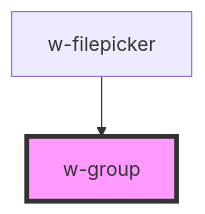
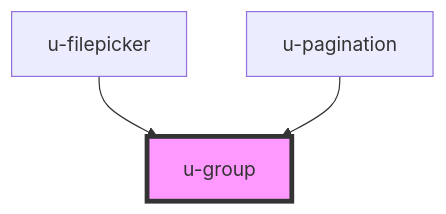
Before and after one commit to theUrbans/uniform: the diagram in src/components/u-group/readme.md, drawn with Mermaid. The commit also changed other lines of this file and 13 other files, not shown here.

````diff
--- a/src/components/u-group/readme.md
+++ b/src/components/u-group/readme.md
@@ -22,5 +23,6 @@
 ```mermaid
 graph TD;
-  w-filepicker --> w-group
-  style w-group fill:#f9f,stroke:#333,stroke-width:4px
+  u-filepicker --> u-group
+  u-pagination --> u-group
+  style u-group fill:#f9f,stroke:#333,stroke-width:4px
 ```
````
